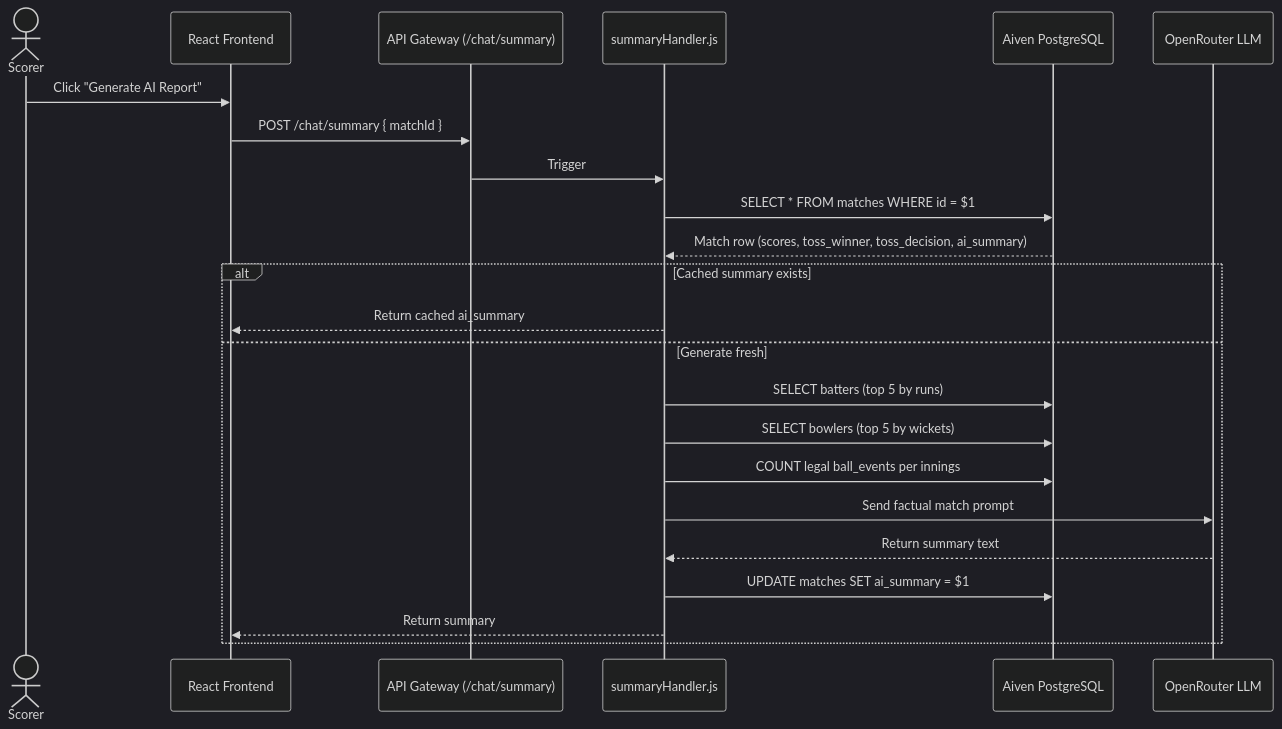
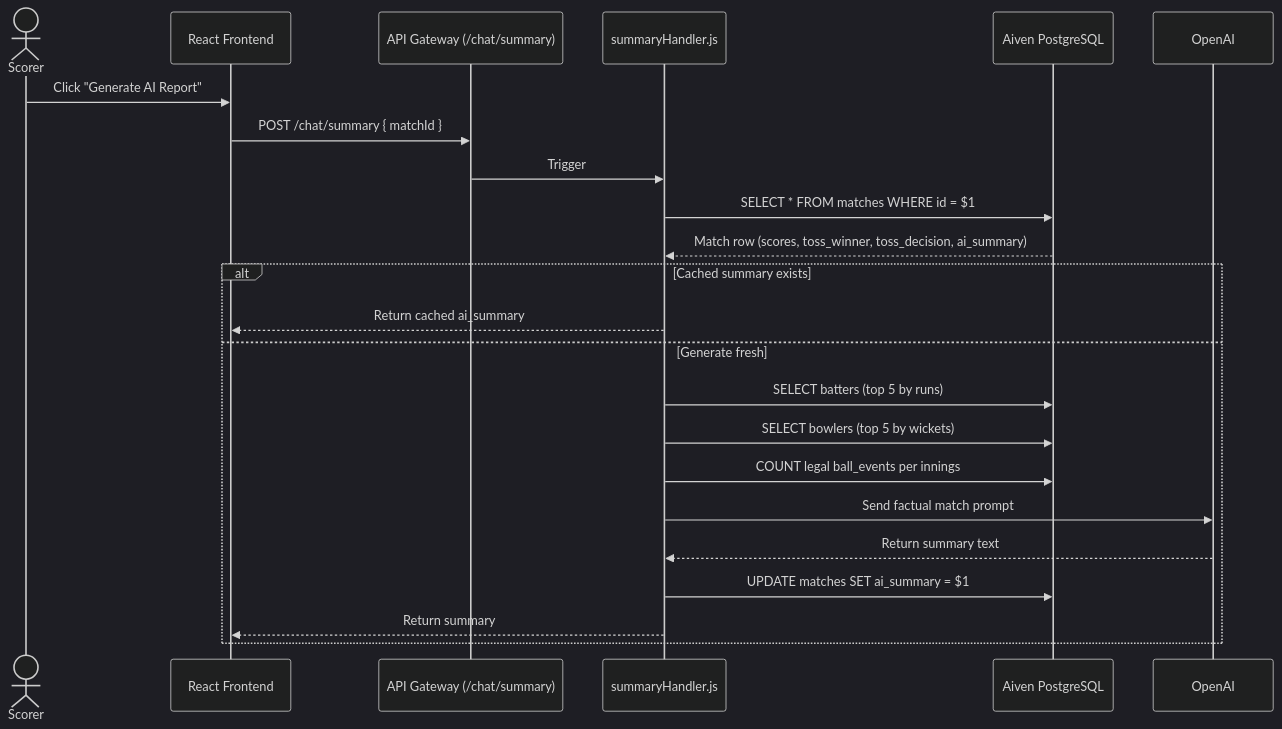
The second of 2 diagrams in docs/ai_architecture.md (venkatesh-singamsetty/cricscore), drawn with Mermaid (dark theme) before and after one commit. The commit also changed other lines of this file and 21 other files, not shown here.

````diff
--- a/docs/ai_architecture.md
+++ b/docs/ai_architecture.md
@@ -239,28 +239,28 @@
 ```mermaid
 sequenceDiagram
     actor Scorer
     participant Frontend as React Frontend
     participant APIGW as API Gateway (/chat/summary)
     participant SummaryHandler as summaryHandler.js
     participant DB as Aiven PostgreSQL
-    participant LLM as OpenRouter LLM
+    participant LLM as OpenAI
 
     Scorer->>Frontend: Click "Generate AI Report"
     Frontend->>APIGW: POST /chat/summary { matchId }
     APIGW->>SummaryHandler: Trigger
 
     SummaryHandler->>DB: SELECT * FROM matches WHERE id = $1
     DB-->>SummaryHandler: Match row (scores, toss_winner, toss_decision, ai_summary)
 
     alt Cached summary exists
         SummaryHandler-->>Frontend: Return cached ai_summary
     else Generate fresh
         SummaryHandler->>DB: SELECT batters (top 5 by runs)
         SummaryHandler->>DB: SELECT bowlers (top 5 by wickets)
         SummaryHandler->>DB: COUNT legal ball_events per innings
         SummaryHandler->>LLM: Send factual match prompt
         LLM-->>SummaryHandler: Return summary text
         SummaryHandler->>DB: UPDATE matches SET ai_summary = $1
         SummaryHandler-->>Frontend: Return summary
     end
 ```
````
